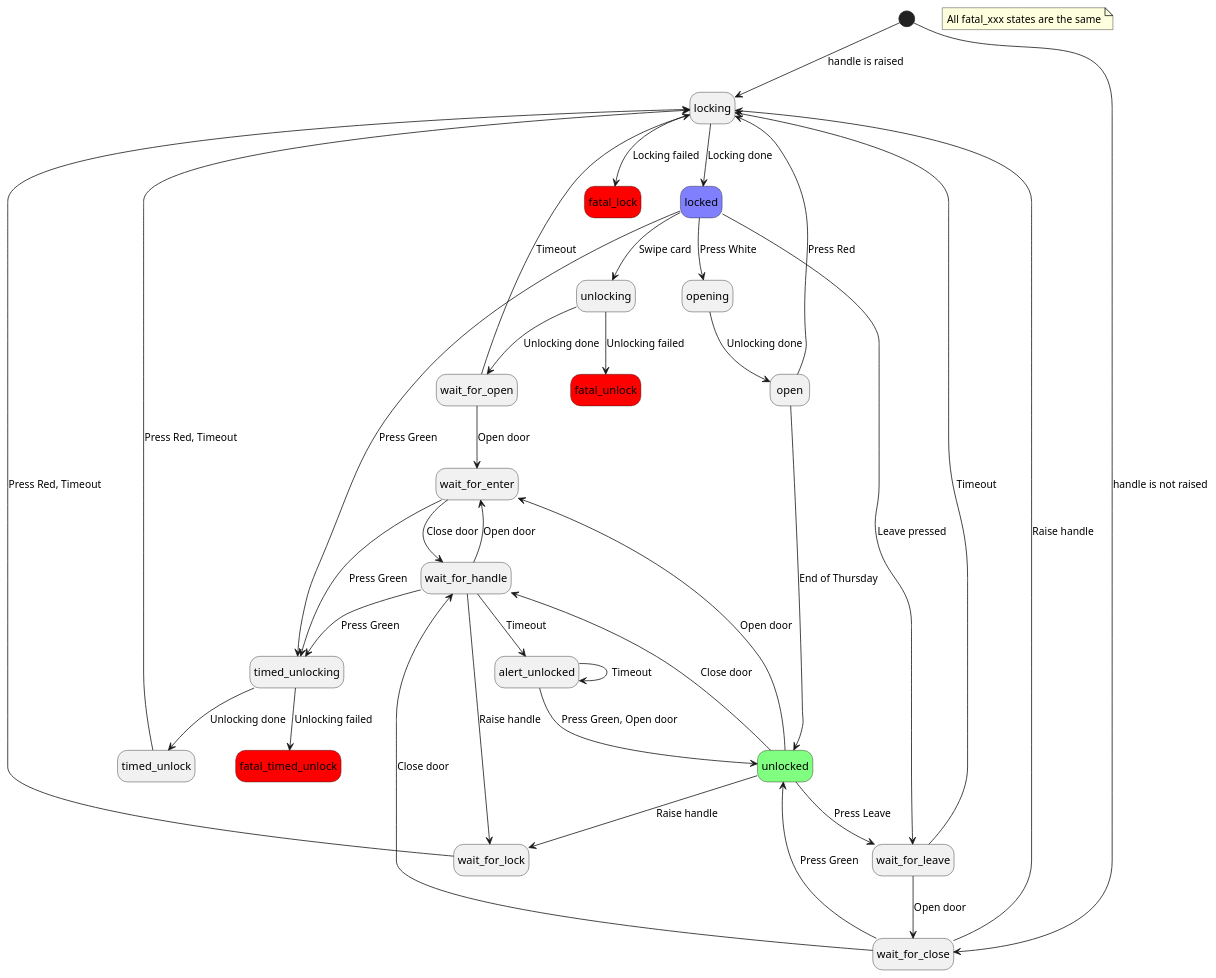
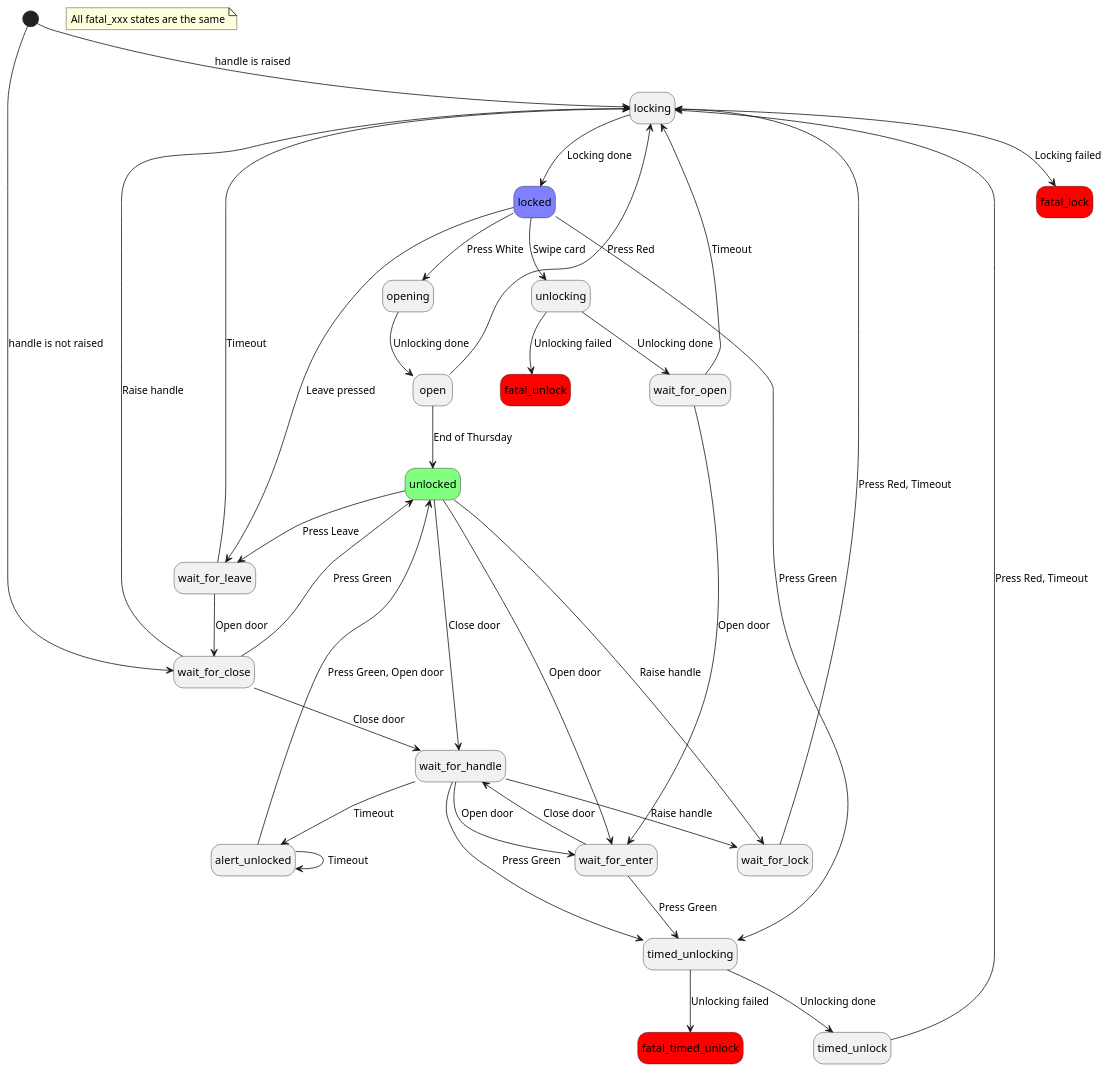
Before and after one commit to bullestock/acsv2: the diagram in ui/states.plantuml, drawn with PlantUML. The commit also changed other lines of this file, not shown here.

```diff
--- a/ui/states.plantuml
+++ b/ui/states.plantuml
@@ -1,49 +1,49 @@
 @startuml
 hide empty description
 
 state fatal_lock #ff0000
 state fatal_unlock #ff0000
 state fatal_timed_unlock #ff0000
 
 note "All fatal_xxx states are the same" as fatal_note
 
 state locked #8080ff
 state unlocked #80ff80
 
 [*] --> locking: handle is raised
 [*] --> wait_for_close: handle is not raised
+alert_unlocked --> alert_unlocked: Timeout
+alert_unlocked --> unlocked: Press Green, Open door
+locked --> opening: Press White
+locked --> timed_unlocking: Press Green
 locked --> unlocking: Swipe card
-locked --> opening: Press White
-opening --> open: Unlocking done
+locked --> wait_for_leave: Leave pressed
+locking --> fatal_lock: Locking failed
+locking --> locked: Locking done
 open --> locking: Press Red
 open --> unlocked: End of Thursday
-unlocking --> wait_for_open: Unlocking done
-wait_for_open --> locking: Timeout
-wait_for_open --> wait_for_enter: Open door
-unlocking --> fatal_unlock: Unlocking failed
+opening --> open: Unlocking done
+timed_unlock --> locking: Press Red, Timeout
+timed_unlocking --> fatal_timed_unlock: Unlocking failed
+timed_unlocking --> timed_unlock: Unlocking done
 unlocked --> wait_for_enter: Open door
-wait_for_enter --> wait_for_handle: Close door
-wait_for_enter --> timed_unlocking: Press Green
-alert_unlocked --> alert_unlocked: Timeout
-alert_unlocked --> unlocked: Press Green, Open door
-locked --> timed_unlocking: Press Green
-timed_unlocking --> timed_unlock: Unlocking done
-timed_unlocking --> fatal_timed_unlock: Unlocking failed
-timed_unlock --> locking: Press Red, Timeout
-locking --> locked: Locking done
-locking --> fatal_lock: Locking failed
-unlocked --> wait_for_lock: Raise handle
-locked --> wait_for_leave: Leave pressed
-wait_for_lock --> locking: Press Red, Timeout
 unlocked --> wait_for_handle: Close door
 unlocked --> wait_for_leave: Press Leave
-wait_for_handle --> wait_for_enter: Open door
-wait_for_handle --> alert_unlocked: Timeout
-wait_for_handle --> wait_for_lock: Raise handle
-wait_for_handle --> timed_unlocking: Press Green
-wait_for_leave --> wait_for_close: Open door
-wait_for_leave --> locking: Timeout
+unlocked --> wait_for_lock: Raise handle
+unlocking --> fatal_unlock: Unlocking failed
+unlocking --> wait_for_open: Unlocking done
 wait_for_close --> locking: Raise handle
 wait_for_close --> unlocked: Press Green
 wait_for_close --> wait_for_handle: Close door
+wait_for_enter --> timed_unlocking: Press Green
+wait_for_enter --> wait_for_handle: Close door
+wait_for_handle --> alert_unlocked: Timeout
+wait_for_handle --> timed_unlocking: Press Green
+wait_for_handle --> wait_for_enter: Open door
+wait_for_handle --> wait_for_lock: Raise handle
+wait_for_leave --> locking: Timeout
+wait_for_leave --> wait_for_close: Open door
+wait_for_lock --> locking: Press Red, Timeout
+wait_for_open --> locking: Timeout
+wait_for_open --> wait_for_enter: Open door
 @enduml
```
